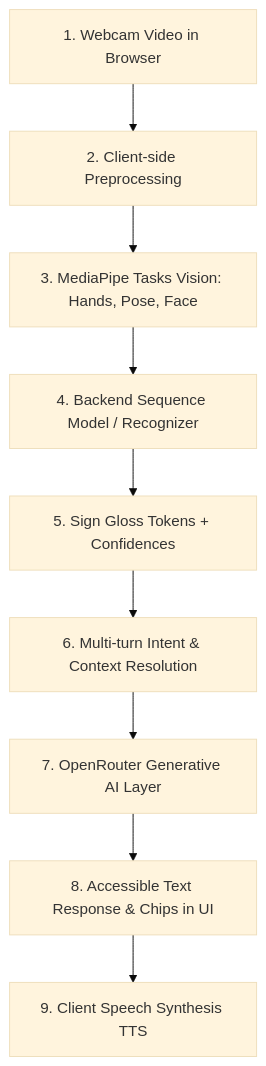
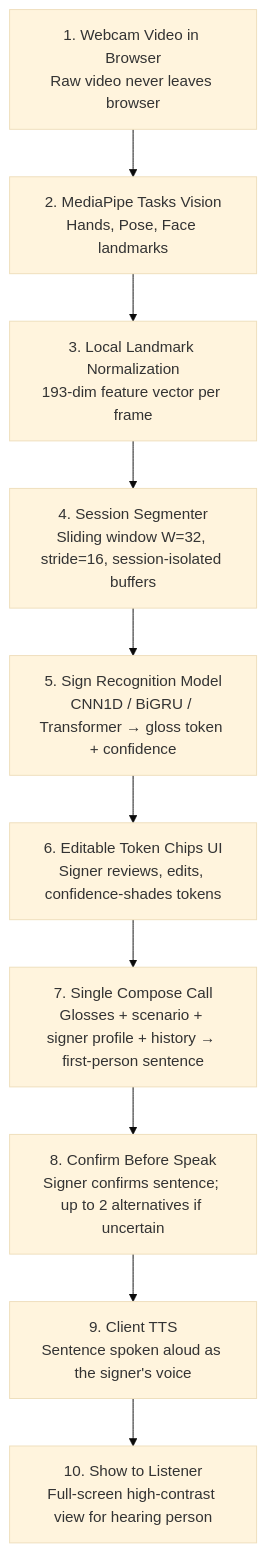
One commit to Sathish-hub-61/SignBridge-AI changed the diagram in docs/architecture.md. Above: the diagram before and after it, drawn with Mermaid (base theme). The commit also changed other lines of this file and 28 other files, not shown here.

First line of the commit message:
feat: realign to Part A one-way signer-to-listener compose pipeline

````diff
--- a/docs/architecture.md
+++ b/docs/architecture.md
@@ -5,11 +5,12 @@
 ```mermaid
 flowchart TD
-    A[1. Webcam Video in Browser] --> B[2. Client-side Preprocessing]
-    B --> C[3. MediaPipe Tasks Vision: Hands, Pose, Face]
-    C --> D[4. Backend Sequence Model / Recognizer]
-    D --> E[5. Sign Gloss Tokens + Confidences]
-    E --> F[6. Multi-turn Intent & Context Resolution]
-    F --> G[7. OpenRouter Generative AI Layer]
-    G --> H[8. Accessible Text Response & Chips in UI]
-    H --> I[9. Client Speech Synthesis TTS]
+    A[1. Webcam Video in Browser<br/>Raw video never leaves browser] --> B[2. MediaPipe Tasks Vision<br/>Hands, Pose, Face landmarks]
+    B --> C[3. Local Landmark Normalization<br/>193-dim feature vector per frame]
+    C --> D[4. Session Segmenter<br/>Sliding window W=32, stride=16, session-isolated buffers]
+    D --> E[5. Sign Recognition Model<br/>CNN1D / BiGRU / Transformer → gloss token + confidence]
+    E --> F[6. Editable Token Chips UI<br/>Signer reviews, edits, confidence-shades tokens]
+    F --> G[7. Single Compose Call<br/>Glosses + scenario + signer profile + history → first-person sentence]
+    G --> H[8. Confirm Before Speak<br/>Signer confirms sentence; up to 2 alternatives if uncertain]
+    H --> I[9. Client TTS<br/>Sentence spoken aloud as the signer's voice]
+    I --> J[10. Show to Listener<br/>Full-screen high-contrast view for hearing person]
 ```
````
